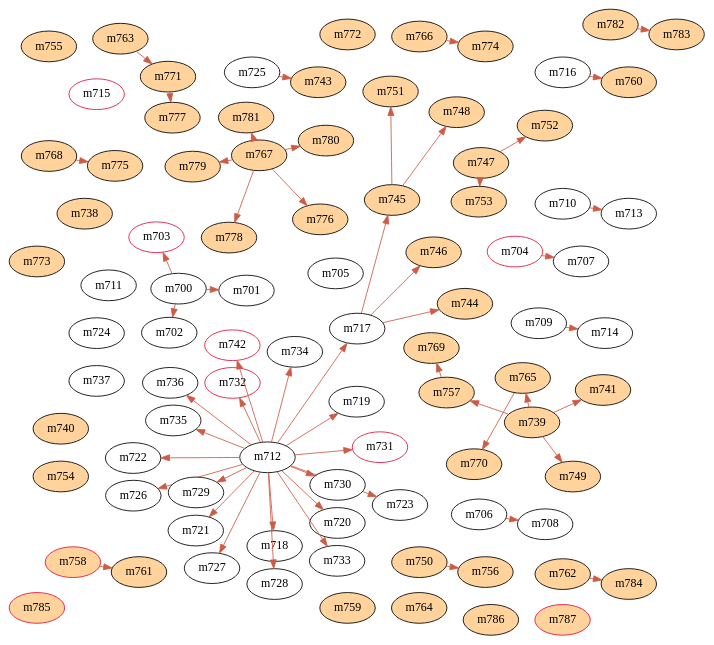
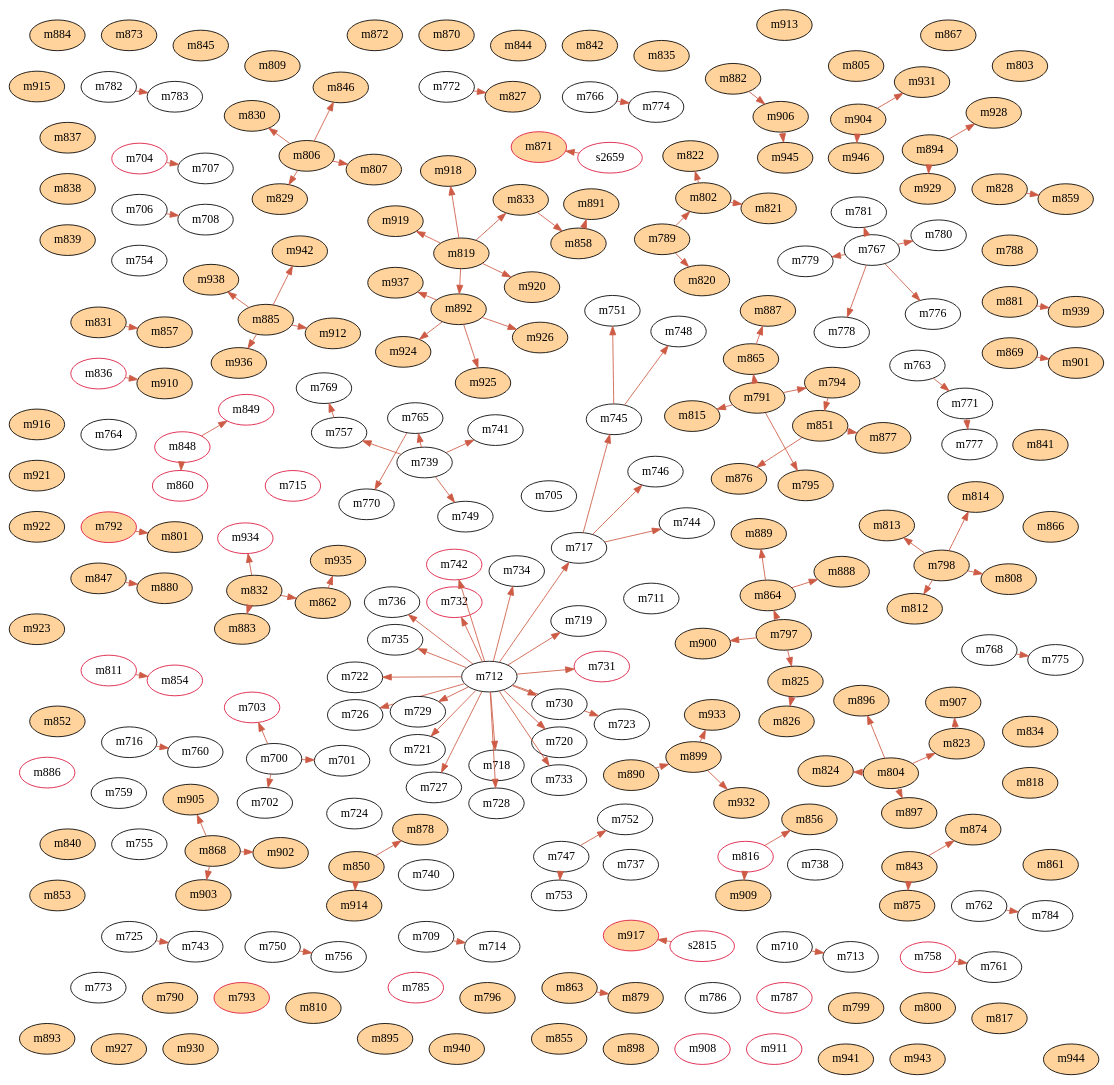
Before and after one commit to spiegel-im-spiegel/covid-2019-report: the diagram in report/matsue/infections.dot, drawn with Graphviz. The commit also changed 11 other files, not shown here.

```diff
--- a/report/matsue/infections.dot
+++ b/report/matsue/infections.dot
@@ -51,56 +51,217 @@
 	m735;
 	m736;
 	m737;
-	m738[fillcolor=burlywood1];
-	m739[fillcolor=burlywood1];
-	m740[fillcolor=burlywood1];
-	m741[fillcolor=burlywood1];
+	m738;
+	m739;
+	m740;
+	m741;
 	m742[color=crimson];
-	m743[fillcolor=burlywood1];
-	m744[fillcolor=burlywood1];
-	m745[fillcolor=burlywood1];
-	m746[fillcolor=burlywood1];
-	m747[fillcolor=burlywood1];
-	m748[fillcolor=burlywood1];
-	m749[fillcolor=burlywood1];
-	m750[fillcolor=burlywood1];
-	m751[fillcolor=burlywood1];
-	m752[fillcolor=burlywood1];
-	m753[fillcolor=burlywood1];
-	m754[fillcolor=burlywood1];
-	m755[fillcolor=burlywood1];
-	m756[fillcolor=burlywood1];
-	m757[fillcolor=burlywood1];
-	m758[color=crimson,fillcolor=burlywood1];
-	m759[fillcolor=burlywood1];
-	m760[fillcolor=burlywood1];
-	m761[fillcolor=burlywood1];
-	m762[fillcolor=burlywood1];
-	m763[fillcolor=burlywood1];
-	m764[fillcolor=burlywood1];
-	m765[fillcolor=burlywood1];
-	m766[fillcolor=burlywood1];
-	m767[fillcolor=burlywood1];
-	m768[fillcolor=burlywood1];
-	m769[fillcolor=burlywood1];
-	m770[fillcolor=burlywood1];
-	m771[fillcolor=burlywood1];
-	m772[fillcolor=burlywood1];
-	m773[fillcolor=burlywood1];
-	m774[fillcolor=burlywood1];
-	m775[fillcolor=burlywood1];
-	m776[fillcolor=burlywood1];
-	m777[fillcolor=burlywood1];
-	m778[fillcolor=burlywood1];
-	m779[fillcolor=burlywood1];
-	m780[fillcolor=burlywood1];
-	m781[fillcolor=burlywood1];
-	m782[fillcolor=burlywood1];
-	m783[fillcolor=burlywood1];
-	m784[fillcolor=burlywood1];
-	m785[color=crimson,fillcolor=burlywood1];
-	m786[fillcolor=burlywood1];
-	m787[color=crimson,fillcolor=burlywood1];
+	m743;
+	m744;
+	m745;
+	m746;
+	m747;
+	m748;
+	m749;
+	m750;
+	m751;
+	m752;
+	m753;
+	m754;
+	m755;
+	m756;
+	m757;
+	m758[color=crimson];
+	m759;
+	m760;
+	m761;
+	m762;
+	m763;
+	m764;
+	m765;
+	m766;
+	m767;
+	m768;
+	m769;
+	m770;
+	m771;
+	m772;
+	m773;
+	m774;
+	m775;
+	m776;
+	m777;
+	m778;
+	m779;
+	m780;
+	m781;
+	m782;
+	m783;
+	m784;
+	m785[color=crimson];
+	m786;
+	m787[color=crimson];
+	m788[fillcolor=burlywood1];
+	m789[fillcolor=burlywood1];
+	m790[fillcolor=burlywood1];
+	m791[fillcolor=burlywood1];
+	m792[color=crimson,fillcolor=burlywood1];
+	m793[color=crimson,fillcolor=burlywood1];
+	m794[fillcolor=burlywood1];
+	m795[fillcolor=burlywood1];
+	m796[fillcolor=burlywood1];
+	m797[fillcolor=burlywood1];
+	m798[fillcolor=burlywood1];
+	m799[fillcolor=burlywood1];
+	m800[fillcolor=burlywood1];
+	m801[fillcolor=burlywood1];
+	m802[fillcolor=burlywood1];
+	m803[fillcolor=burlywood1];
+	m804[fillcolor=burlywood1];
+	m805[fillcolor=burlywood1];
+	m806[fillcolor=burlywood1];
+	m807[fillcolor=burlywood1];
+	m808[fillcolor=burlywood1];
+	m809[fillcolor=burlywood1];
+	m810[fillcolor=burlywood1];
+	m811[color=crimson];
+	m812[fillcolor=burlywood1];
+	m813[fillcolor=burlywood1];
+	m814[fillcolor=burlywood1];
+	m815[fillcolor=burlywood1];
+	m816[color=crimson];
+	m817[fillcolor=burlywood1];
+	m818[fillcolor=burlywood1];
+	m819[fillcolor=burlywood1];
+	m820[fillcolor=burlywood1];
+	m821[fillcolor=burlywood1];
+	m822[fillcolor=burlywood1];
+	m823[fillcolor=burlywood1];
+	m824[fillcolor=burlywood1];
+	m825[fillcolor=burlywood1];
+	m826[fillcolor=burlywood1];
+	m827[fillcolor=burlywood1];
+	m828[fillcolor=burlywood1];
+	m829[fillcolor=burlywood1];
+	m830[fillcolor=burlywood1];
+	m831[fillcolor=burlywood1];
+	m832[fillcolor=burlywood1];
+	m833[fillcolor=burlywood1];
+	m834[fillcolor=burlywood1];
+	m835[fillcolor=burlywood1];
+	m836[color=crimson];
+	m837[fillcolor=burlywood1];
+	m838[fillcolor=burlywood1];
+	m839[fillcolor=burlywood1];
+	m840[fillcolor=burlywood1];
+	m841[fillcolor=burlywood1];
+	m842[fillcolor=burlywood1];
+	m843[fillcolor=burlywood1];
+	m844[fillcolor=burlywood1];
+	m845[fillcolor=burlywood1];
+	m846[fillcolor=burlywood1];
+	m847[fillcolor=burlywood1];
+	m848[color=crimson];
+	m849[color=crimson];
+	m850[fillcolor=burlywood1];
+	m851[fillcolor=burlywood1];
+	m852[fillcolor=burlywood1];
+	m853[fillcolor=burlywood1];
+	m854[color=crimson];
+	m855[fillcolor=burlywood1];
+	m856[fillcolor=burlywood1];
+	m857[fillcolor=burlywood1];
+	m858[fillcolor=burlywood1];
+	m859[fillcolor=burlywood1];
+	m860[color=crimson];
+	m861[fillcolor=burlywood1];
+	m862[fillcolor=burlywood1];
+	m863[fillcolor=burlywood1];
+	m864[fillcolor=burlywood1];
+	m865[fillcolor=burlywood1];
+	m866[fillcolor=burlywood1];
+	m867[fillcolor=burlywood1];
+	m868[fillcolor=burlywood1];
+	m869[fillcolor=burlywood1];
+	m870[fillcolor=burlywood1];
+	m871[color=crimson,fillcolor=burlywood1];
+	m872[fillcolor=burlywood1];
+	m873[fillcolor=burlywood1];
+	m874[fillcolor=burlywood1];
+	m875[fillcolor=burlywood1];
+	m876[fillcolor=burlywood1];
+	m877[fillcolor=burlywood1];
+	m878[fillcolor=burlywood1];
+	m879[fillcolor=burlywood1];
+	m880[fillcolor=burlywood1];
+	m881[fillcolor=burlywood1];
+	m882[fillcolor=burlywood1];
+	m883[fillcolor=burlywood1];
+	m884[fillcolor=burlywood1];
+	m885[fillcolor=burlywood1];
+	m886[color=crimson];
+	m887[fillcolor=burlywood1];
+	m888[fillcolor=burlywood1];
+	m889[fillcolor=burlywood1];
+	m890[fillcolor=burlywood1];
+	m891[fillcolor=burlywood1];
+	m892[fillcolor=burlywood1];
+	m893[fillcolor=burlywood1];
+	m894[fillcolor=burlywood1];
+	m895[fillcolor=burlywood1];
+	m896[fillcolor=burlywood1];
+	m897[fillcolor=burlywood1];
+	m898[fillcolor=burlywood1];
+	m899[fillcolor=burlywood1];
+	m900[fillcolor=burlywood1];
+	m901[fillcolor=burlywood1];
+	m902[fillcolor=burlywood1];
+	m903[fillcolor=burlywood1];
+	m904[fillcolor=burlywood1];
+	m905[fillcolor=burlywood1];
+	m906[fillcolor=burlywood1];
+	m907[fillcolor=burlywood1];
+	m908[color=crimson];
+	m909[fillcolor=burlywood1];
+	m910[fillcolor=burlywood1];
+	m911[color=crimson];
+	m912[fillcolor=burlywood1];
+	m913[fillcolor=burlywood1];
+	m914[fillcolor=burlywood1];
+	m915[fillcolor=burlywood1];
+	m916[fillcolor=burlywood1];
+	m917[color=crimson,fillcolor=burlywood1];
+	m918[fillcolor=burlywood1];
+	m919[fillcolor=burlywood1];
+	m920[fillcolor=burlywood1];
+	m921[fillcolor=burlywood1];
+	m922[fillcolor=burlywood1];
+	m923[fillcolor=burlywood1];
+	m924[fillcolor=burlywood1];
+	m925[fillcolor=burlywood1];
+	m926[fillcolor=burlywood1];
+	m927[fillcolor=burlywood1];
+	m928[fillcolor=burlywood1];
+	m929[fillcolor=burlywood1];
+	m930[fillcolor=burlywood1];
+	m931[fillcolor=burlywood1];
+	m932[fillcolor=burlywood1];
+	m933[fillcolor=burlywood1];
+	m934[color=crimson];
+	m935[fillcolor=burlywood1];
+	m936[fillcolor=burlywood1];
+	m937[fillcolor=burlywood1];
+	m938[fillcolor=burlywood1];
+	m939[fillcolor=burlywood1];
+	m940[fillcolor=burlywood1];
+	m941[fillcolor=burlywood1];
+	m942[fillcolor=burlywood1];
+	m943[fillcolor=burlywood1];
+	m944[fillcolor=burlywood1];
+	m945[fillcolor=burlywood1];
+	m946[fillcolor=burlywood1];
+	s2659[color=crimson];
+	s2815[color=crimson];
 	m700->m701;
 	m700->m702;
 	m700->m703;
@@ -155,4 +316,86 @@
 	m767->m781;
 	m782->m783;
 	m762->m784;
+	m791->m794;
+	m791->m795;
+	m792->m801;
+	m789->m802;
+	m806->m807;
+	m798->m808;
+	m798->m812;
+	m798->m813;
+	m798->m814;
+	m791->m815;
+	m789->m820;
+	m802->m821;
+	m802->m822;
+	m804->m823;
+	m804->m824;
+	m797->m825;
+	m825->m826;
+	m772->m827;
+	m806->m829;
+	m806->m830;
+	m819->m833;
+	m806->m846;
+	m848->m849;
+	m794->m851;
+	m811->m854;
+	m816->m856;
+	m831->m857;
+	m833->m858;
+	m828->m859;
+	m848->m860;
+	m832->m862;
+	m797->m864;
+	m791->m865;
+	s2659->m871;
+	m843->m874;
+	m843->m875;
+	m851->m876;
+	m851->m877;
+	m850->m878;
+	m863->m879;
+	m847->m880;
+	m832->m883;
+	m865->m887;
+	m864->m888;
+	m864->m889;
+	m858->m891;
+	m819->m892;
+	m804->m896;
+	m804->m897;
+	m890->m899;
+	m797->m900;
+	m869->m901;
+	m868->m902;
+	m868->m903;
+	m868->m905;
+	m882->m906;
+	m823->m907;
+	m816->m909;
+	m836->m910;
+	m885->m912;
+	m850->m914;
+	s2815->m917;
+	m819->m918;
+	m819->m919;
+	m819->m920;
+	m892->m924;
+	m892->m925;
+	m892->m926;
+	m894->m928;
+	m894->m929;
+	m904->m931;
+	m899->m932;
+	m899->m933;
+	m832->m934;
+	m862->m935;
+	m885->m936;
+	m892->m937;
+	m885->m938;
+	m881->m939;
+	m885->m942;
+	m906->m945;
+	m904->m946;
 }
```
